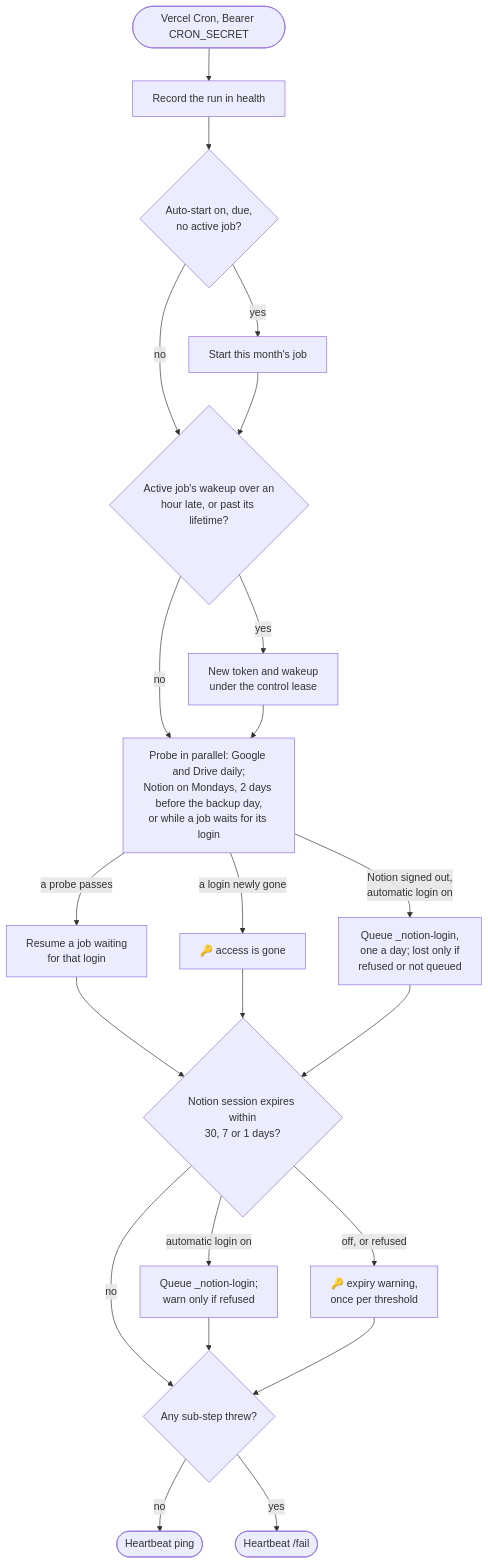
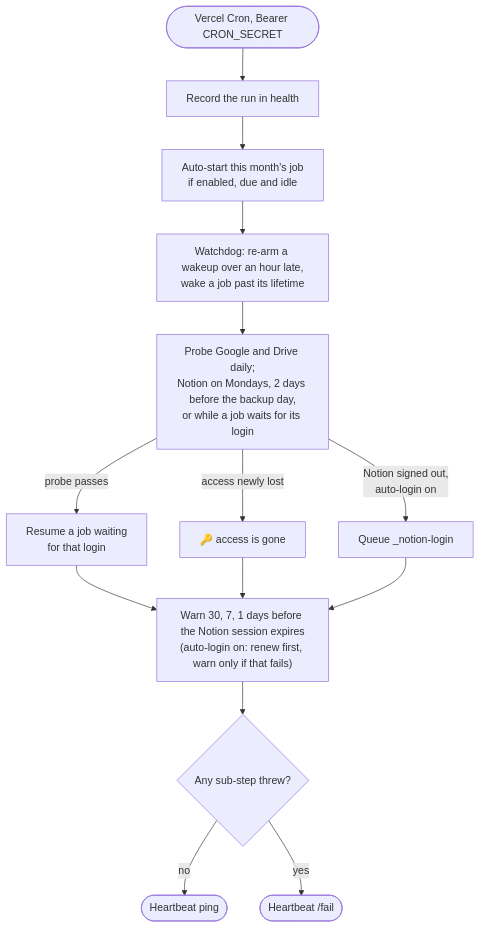
Before and after one commit to itemka/nodejs-backend-mastery: the fifth of 5 diagrams in workspaces/apps/notion-backup-automation/docs/backup-lifecycle.md, drawn with Mermaid. The commit also changed other lines of this file and 4 other files, not shown here.

First line of the commit message:
docs(notion-backup-automation): simplify the backup app and hub docs (#85)

````diff
--- a/workspaces/apps/notion-backup-automation/docs/backup-lifecycle.md
+++ b/workspaces/apps/notion-backup-automation/docs/backup-lifecycle.md
@@ -139,24 +120,16 @@
 ```mermaid
 flowchart TD
   Cron([Vercel Cron, Bearer CRON_SECRET]) --> Touch[Record the run in health]
-  Touch --> Start{Auto-start on, due,<br/>no active job?}
-  Start -->|yes| Create[Start this month's job]
-  Start -->|no| Watch
-  Create --> Watch{Active job's wakeup over an<br/>hour late, or past its lifetime?}
-  Watch -->|yes| Rearm[New token and wakeup<br/>under the control lease]
-  Watch -->|no| Probes
-  Rearm --> Probes["Probe in parallel: Google and Drive daily;<br/>Notion on Mondays, 2 days before the backup day,<br/>or while a job waits for its login"]
-  Probes -->|a probe passes| Resume[Resume a job waiting<br/>for that login]
-  Probes -->|a login newly gone| Lost[🔑 access is gone]
-  Probes -->|Notion signed out,<br/>automatic login on| Queue[Queue _notion-login,<br/>one a day; lost only if<br/>refused or not queued]
+  Touch --> Start[Auto-start this month's job<br/>if enabled, due and idle]
+  Start --> Watch[Watchdog: re-arm a wakeup over an hour late,<br/>wake a job past its lifetime]
+  Watch --> Probes["Probe Google and Drive daily;<br/>Notion on Mondays, 2 days before the backup day,<br/>or while a job waits for its login"]
+  Probes -->|probe passes| Resume[Resume a job waiting<br/>for that login]
+  Probes -->|access newly lost| Lost[🔑 access is gone]
+  Probes -->|Notion signed out,<br/>auto-login on| Queue[Queue _notion-login]
   Resume --> Warn
   Lost --> Warn
-  Queue --> Warn{"Notion session expires within<br/>30, 7 or 1 days?"}
-  Warn -->|automatic login on| Renew[Queue _notion-login;<br/>warn only if refused]
-  Warn -->|off, or refused| Expiry["🔑 expiry warning,<br/>once per threshold"]
-  Warn -->|no| Beat
-  Renew --> Beat
-  Expiry --> Beat{Any sub-step threw?}
+  Queue --> Warn
+  Warn["Warn 30, 7, 1 days before the Notion session expires<br/>(auto-login on: renew first, warn only if that fails)"] --> Beat{Any sub-step threw?}
   Beat -->|no| Ok([Heartbeat ping])
   Beat -->|yes| Fail([Heartbeat /fail])
 ```
````
